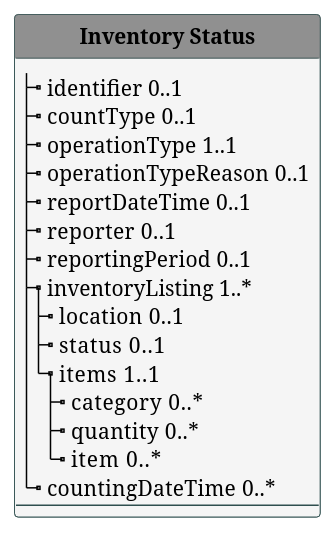
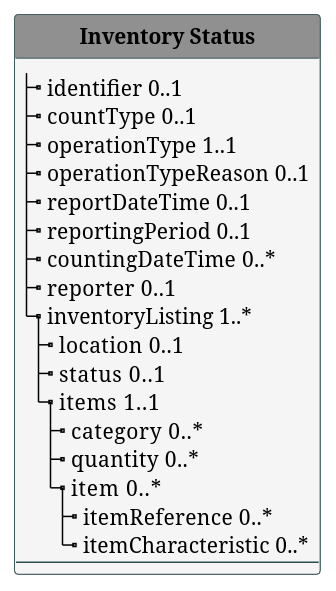
One commit to IHE/pharm-supply changed the diagram in input/images-source/model-inventorystatus.plantuml. Above: the diagram before and after it, drawn with PlantUML. The commit also changed 13 other files, not shown here.

```diff
--- a/input/images-source/model-inventorystatus.plantuml
+++ b/input/images-source/model-inventorystatus.plantuml
@@ -1,41 +1,43 @@
 @startuml
 'skinparam linetype polyline
 'skinparam linetype ortho
 hide circle
 hide stereotype
 
 '!pragma layout smetana
 
 skinparam class<<MD>> {
  BorderColor DarkSlateGray
  BackgroundColor WhiteSmoke
  HeaderBackgroundColor #909090
 }
 
 skinparam class<<TM>> {
  BorderColor #505090
  BackgroundColor APPLICATION
  HeaderBackgroundColor SkyBlue
 }
 
     class "**Inventory Status**"<<MD>> {
         |_ identifier  0..1
         |_ countType  0..1
         |_ operationType  1..1
         |_ operationTypeReason  0..1  
         |_ reportDateTime  0..1
+        |_ reportingPeriod  0..1
+        |_ countingDateTime  0..*  
         |_ reporter  0..1
-        |_ reportingPeriod  0..1
         |_ inventoryListing  1..*
           |_ location  0..1
           |_ status  0..1
           |_ items  1..1
             |_ category  0..*
             |_ quantity  0..*
             |_ item  0..*
-        |_ countingDateTime  0..*  
+              |_ itemReference  0..*
+              |_ itemCharacteristic  0..*
         --
     }
 
 
 @enduml
```
